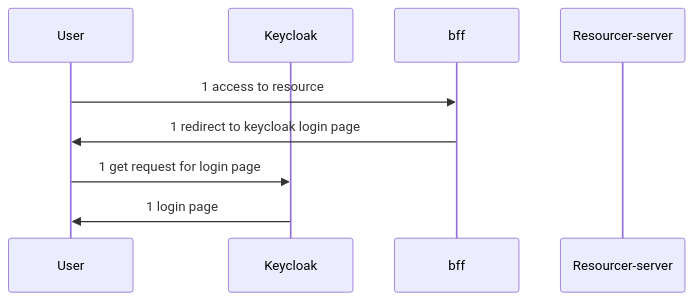
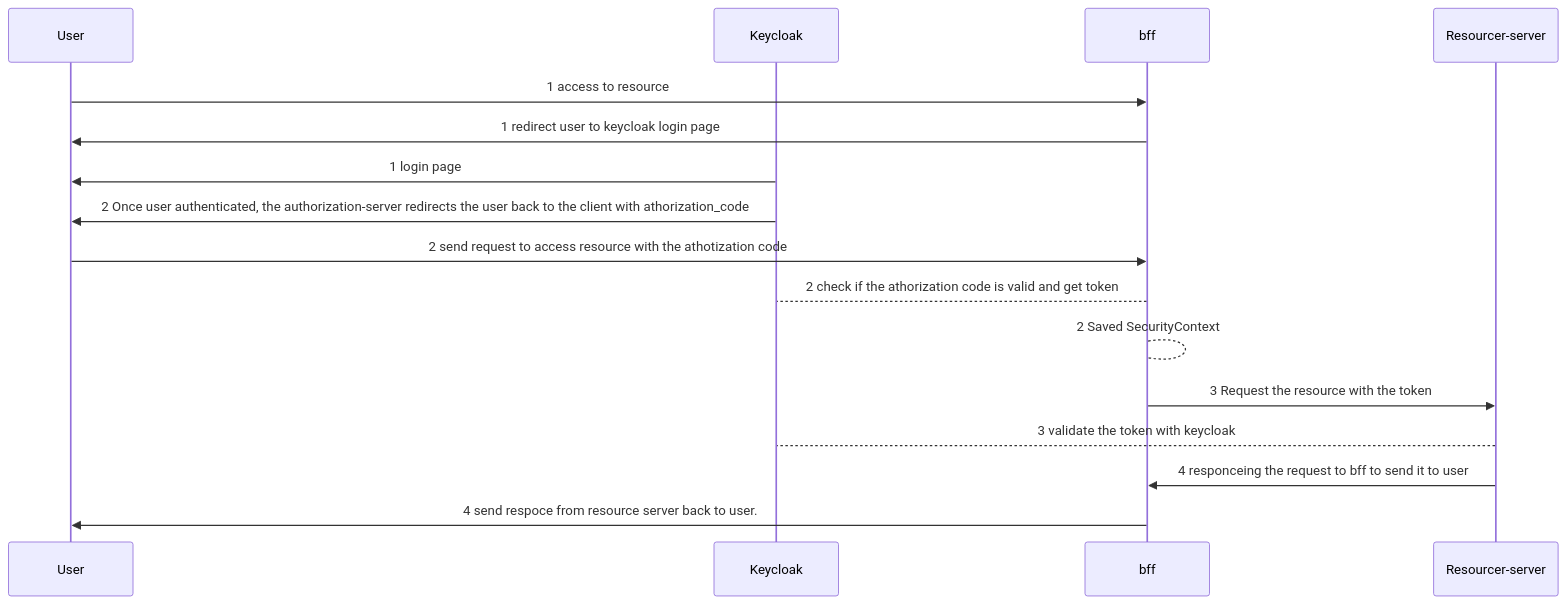
The diagram in README.md (hadiroudsari/auth), drawn with Mermaid before and after one commit. The commit also changed other lines of this file, not shown here.

Commit message:
Update README.md
More details about the flow

```diff
--- a/README.md
+++ b/README.md
@@ -4,12 +8,19 @@
 ~~~mermaid
 sequenceDiagram
     participant User
     participant Keycloak
     participant bff
     participant Resourcer-server
     User->>bff: 1 access to resource
-    bff ->> User: 1 redirect to keycloak login page
-    User ->> Keycloak: 1 get request for login page
-    Keycloak ->> User: 1 login page     
+    bff->>User: 1 redirect user to keycloak login page
+    Keycloak->>User: 1 login page
+    Keycloak->>User: 2 Once user authenticated, the authorization-server redirects the user back to the client with athorization_code
+    User->>bff: 2 send request to access resource with the athotization code
+    bff --> Keycloak: 2 check if the athorization code is valid and get token
+    bff --> bff: 2 Saved SecurityContext
+    bff ->> Resourcer-server : 3 Request the resource with the token
+    Resourcer-server-->Keycloak : 3 validate the token with keycloak
+    Resourcer-server ->> bff : 4  responceing the request to bff to send it to user 
+    bff ->> User: 4 send respoce from resource server back to user.
 
 ~~~
```
